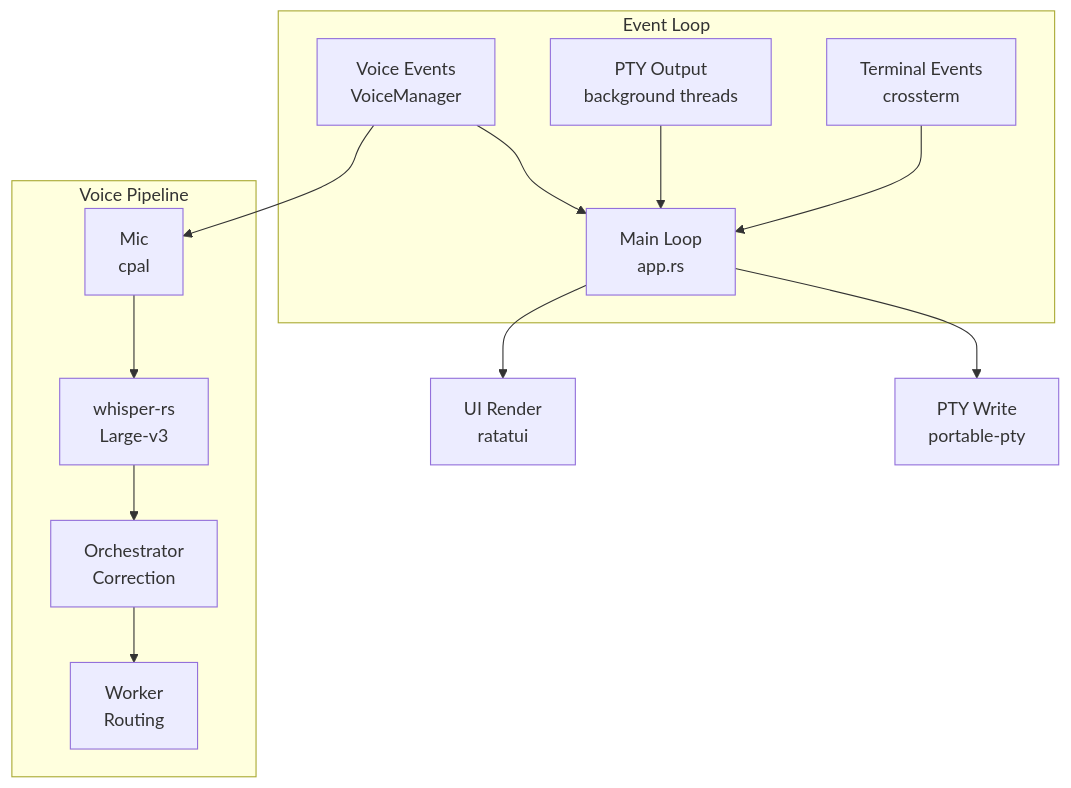
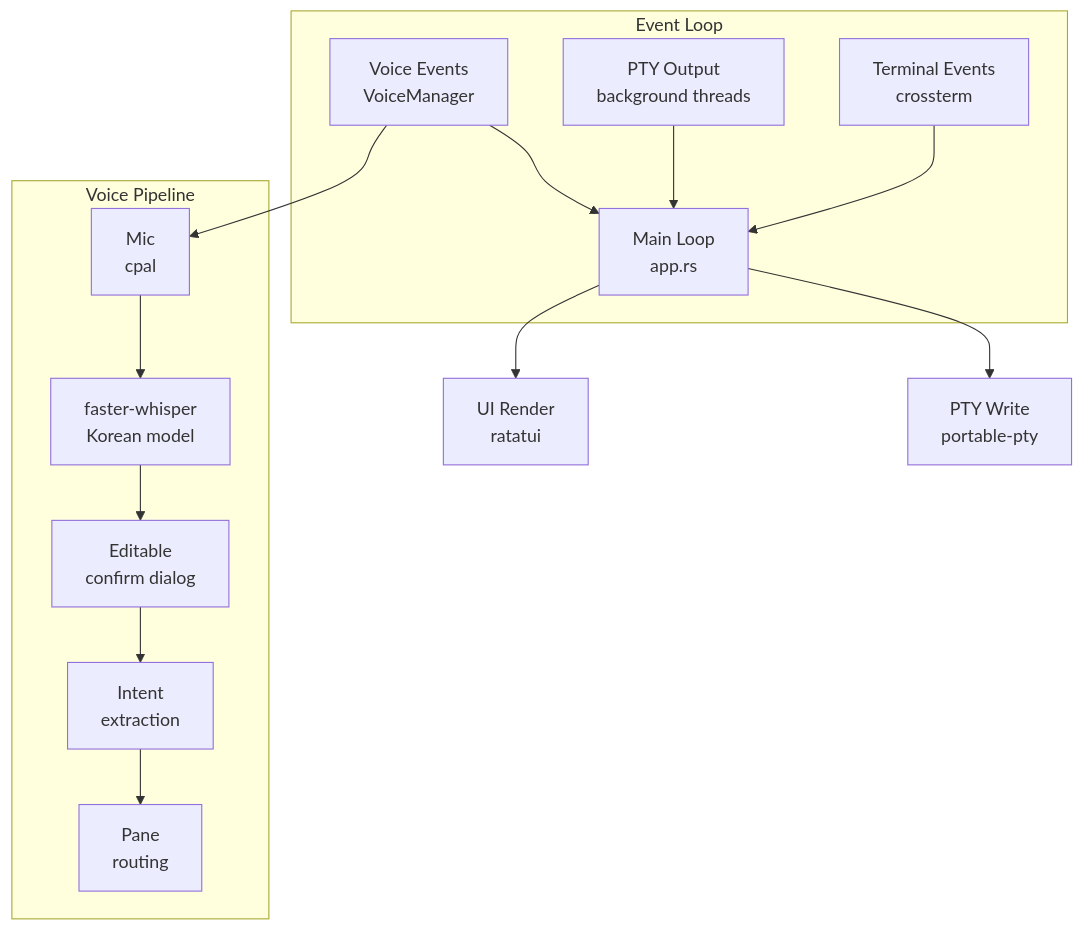
Before and after one commit to UnripePlum/claude-development-cli: the diagram in README.md, drawn with Mermaid. The commit also changed other lines of this file, not shown here.

First line of the commit message:
docs: update README — Pane rename, faster-whisper, 3-step creation

````diff
--- a/README.md
+++ b/README.md
@@ -165,19 +168,20 @@
 ```mermaid
 graph TD
     subgraph Event Loop
         TE[Terminal Events<br/>crossterm] --> ML[Main Loop<br/>app.rs]
         PO[PTY Output<br/>background threads] --> ML
         VE[Voice Events<br/>VoiceManager] --> ML
     end
 
     ML --> UI[UI Render<br/>ratatui]
     ML --> PTY[PTY Write<br/>portable-pty]
 
     subgraph Voice Pipeline
-        MIC[Mic<br/>cpal] --> WHI[whisper-rs<br/>Large-v3]
-        WHI --> COR[Orchestrator<br/>Correction]
-        COR --> ROUTE[Worker<br/>Routing]
+        MIC[Mic<br/>cpal] --> WHI[faster-whisper<br/>Korean model]
+        WHI --> CONFIRM[Editable<br/>confirm dialog]
+        CONFIRM --> INTENT[Intent<br/>extraction]
+        INTENT --> ROUTE[Pane<br/>routing]
     end
 
     VE --> MIC
 ```
````
